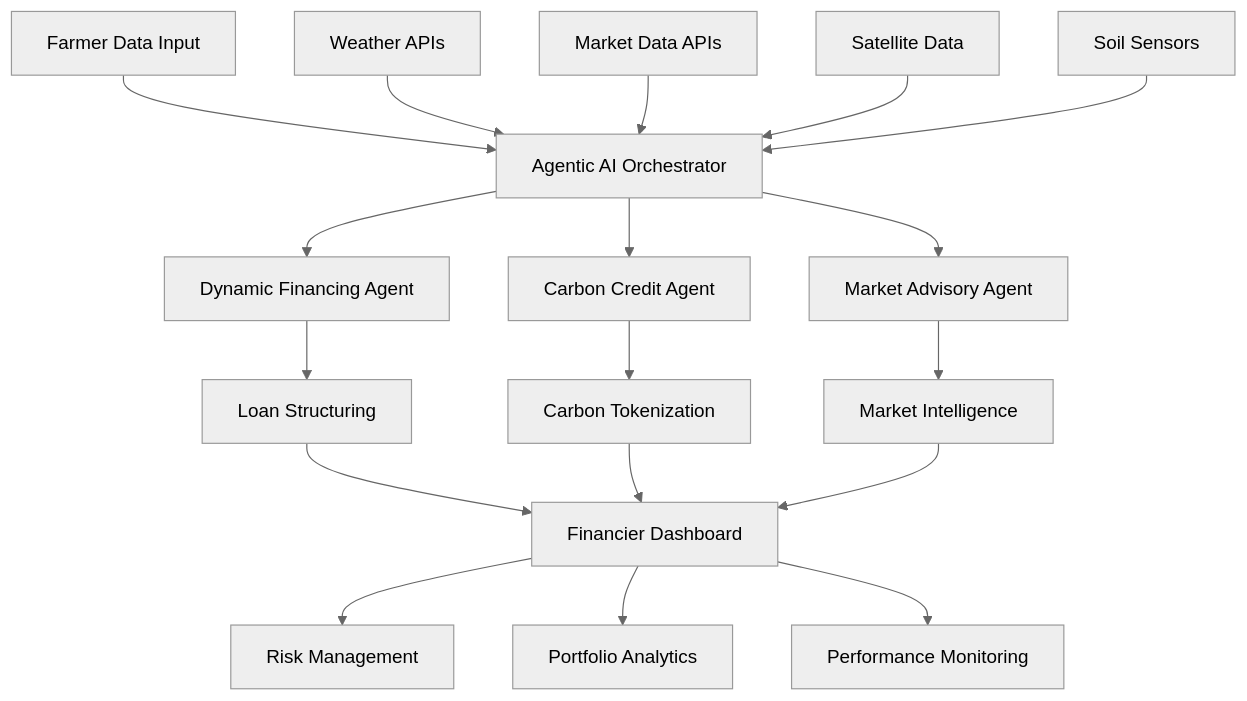
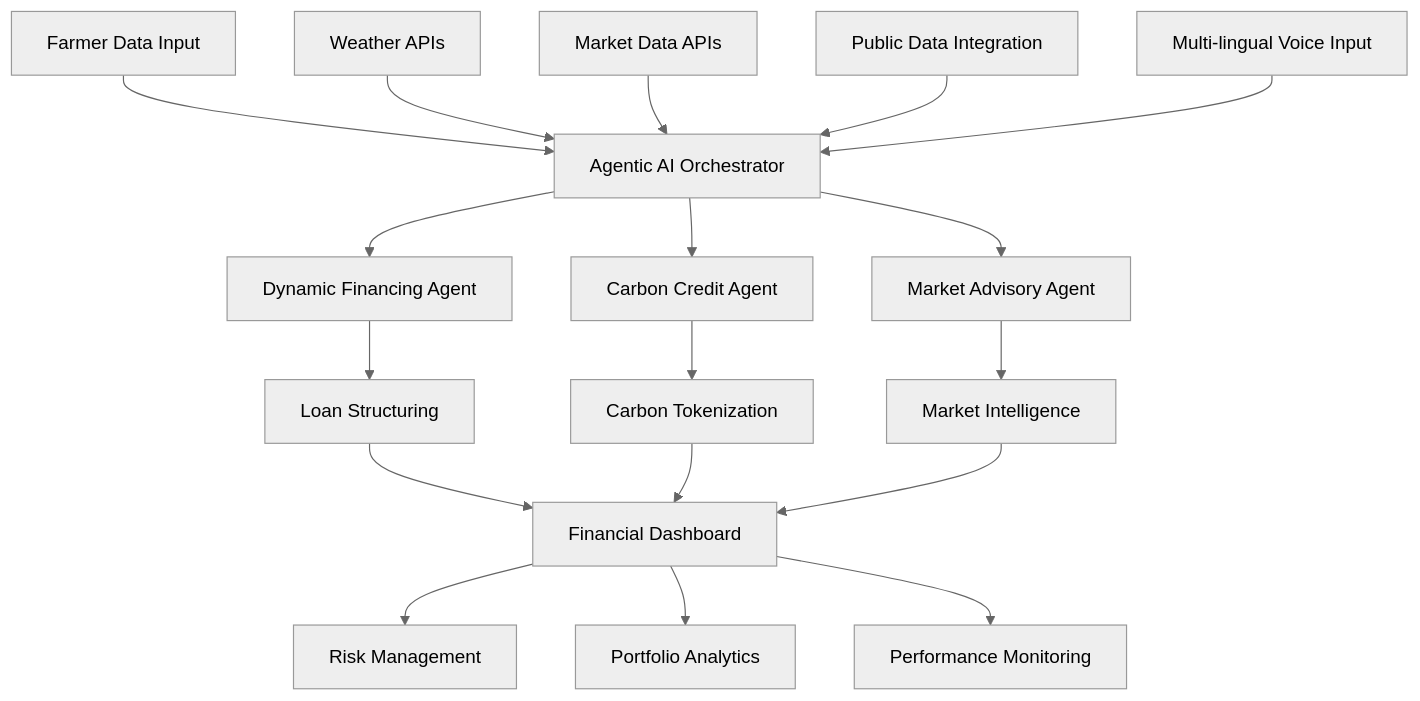
The diagram in README.md (Aastik-Srivastava/AgriCredAI), drawn with Mermaid (neutral theme) before and after one commit. The commit also changed other lines of this file and 52001 other files, not shown here.

````diff
--- a/README.md
+++ b/README.md
@@ -82,24 +81,24 @@
 ```mermaid
 graph TB
     A[Farmer Data Input] --> B[Agentic AI Orchestrator]
     B --> C[Dynamic Financing Agent]
     B --> D[Carbon Credit Agent] 
     B --> E[Market Advisory Agent]
     
     F[Weather APIs] --> B
     G[Market Data APIs] --> B
-    H[Satellite Data] --> B
-    I[Soil Sensors] --> B
+    H[Public Data Integration] --> B
+    I[Multi-lingual Voice Input] --> B
     
     C --> J[Loan Structuring]
     D --> K[Carbon Tokenization]
     E --> L[Market Intelligence]
     
-    J --> M[Financier Dashboard]
+    J --> M[Financial Dashboard]
     K --> M
     L --> M
     
     M --> N[Risk Management]
     M --> O[Portfolio Analytics]
     M --> P[Performance Monitoring]
 ```
````
